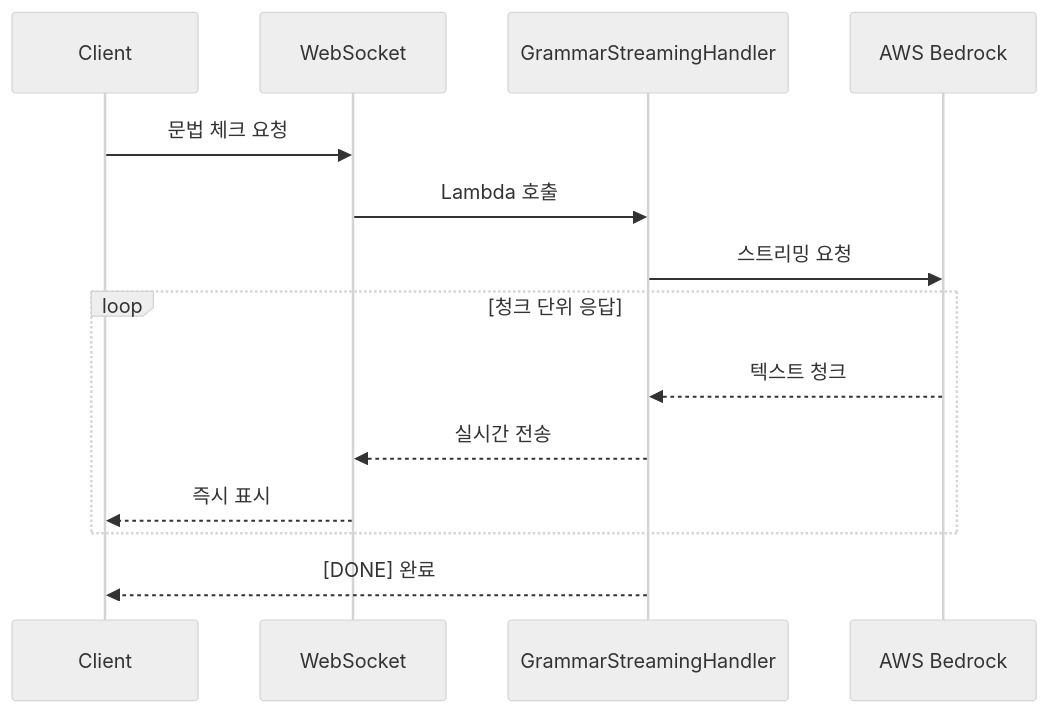
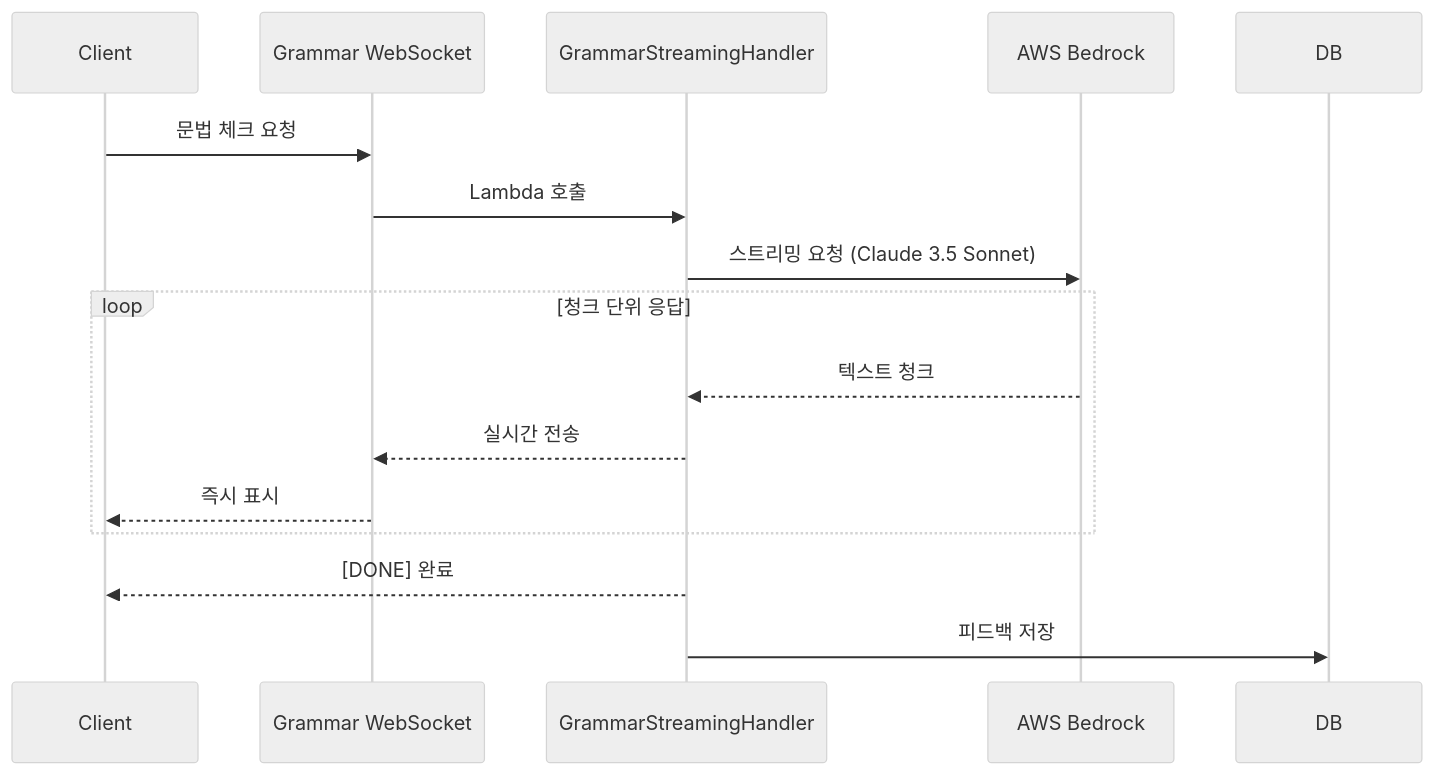
Before and after one commit to Language-Study-Prooject/BE_Repository: the sixth of 8 diagrams in docs/MIDTERM-REPORT.md, drawn with Mermaid (neutral theme). The commit also changed other lines of this file, not shown here.

````diff
--- a/docs/MIDTERM-REPORT.md
+++ b/docs/MIDTERM-REPORT.md
@@ -297,19 +203,19 @@
 ```mermaid
 sequenceDiagram
     participant Client
-    participant WS as WebSocket
+    participant WS as Grammar WebSocket
     participant Handler as GrammarStreamingHandler
     participant Bedrock as AWS Bedrock
-
-    Client->>WS: 문법 체크 요청
-    WS->>Handler: Lambda 호출
-    Handler->>Bedrock: 스트리밍 요청
+    Client ->> WS: 문법 체크 요청
+    WS ->> Handler: Lambda 호출
+    Handler ->> Bedrock: 스트리밍 요청 (Claude 3.5 Sonnet)
 
     loop 청크 단위 응답
-        Bedrock-->>Handler: 텍스트 청크
-        Handler-->>WS: 실시간 전송
-        WS-->>Client: 즉시 표시
+        Bedrock -->> Handler: 텍스트 청크
+        Handler -->> WS: 실시간 전송
+        WS -->> Client: 즉시 표시
     end
 
-    Handler-->>Client: [DONE] 완료
+    Handler -->> Client: [DONE] 완료
+    Handler ->> DB: 피드백 저장
 ```
````
